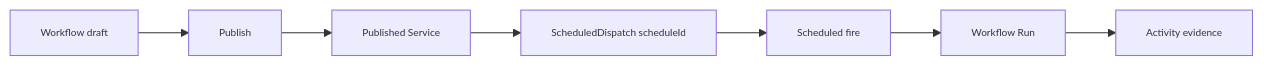
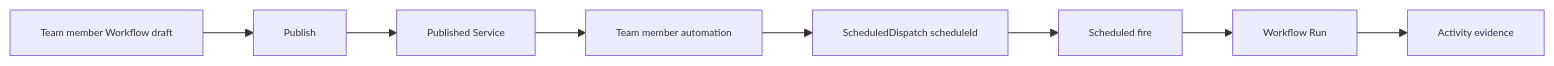
One commit to aevatarAI/aevatar changed the diagram in apps/aevatar-console-web/docs/superpowers/specs/2026-08-11-workflow-schedule-design.md. Above: the diagram before and after it, drawn with Mermaid. The commit also changed other lines of this file and 6 other files, not shown here.

Commit message:
Align schedule design with team automations

````diff
--- a/apps/aevatar-console-web/docs/superpowers/specs/2026-08-11-workflow-schedule-design.md
+++ b/apps/aevatar-console-web/docs/superpowers/specs/2026-08-11-workflow-schedule-design.md
@@ -33,10 +39,11 @@
 ```mermaid
 %%{init: {"maxTextSize": 100000, "flowchart": {"useMaxWidth": false, "nodeSpacing": 10, "rankSpacing": 50}, "themeVariables": {"fontSize": "10px"}}}%%
 flowchart LR
-    D["Workflow draft"] --> P["Publish"]
+    D["Team member Workflow draft"] --> P["Publish"]
     P --> S["Published Service"]
-    S --> Q["ScheduledDispatch scheduleId"]
+    S --> T["Team member automation"]
+    T --> Q["ScheduledDispatch scheduleId"]
     Q --> R["Scheduled fire"]
     R --> A["Workflow Run"]
     A --> H["Activity evidence"]
 ```
````
